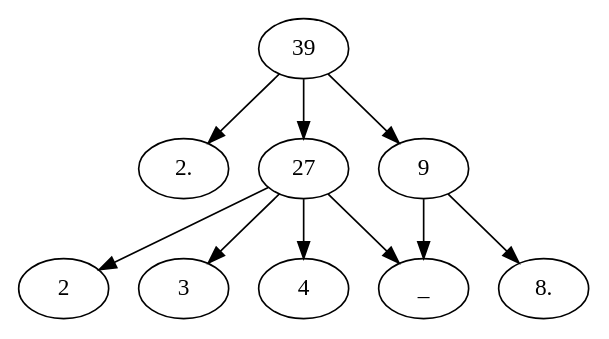
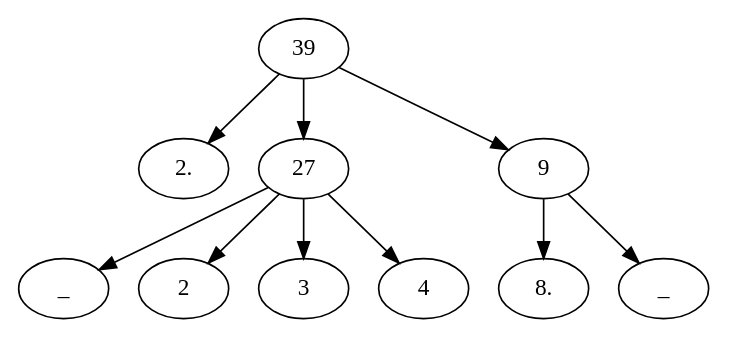
One commit to migueltoro/ada_v2_18 changed the diagram in java/ParteComun/ficheros/tree.gv. Above: the diagram before and after it, drawn with Graphviz. The commit also changed 20 other files, not shown here.

```diff
--- a/java/ParteComun/ficheros/tree.gv
+++ b/java/ParteComun/ficheros/tree.gv
@@ -1,22 +1,21 @@
-digraph Tree { 
- 
-
-"1" [label="39"];
-"2" [label="2."];
-"1" -> "2";
-"3" [label="27"];
-"1" -> "3";
-"4" [label="_"];
-"3" -> "4";
-"5" [label="2"];
-"3" -> "5";
-"6" [label="3"];
-"3" -> "6";
-"7" [label="4"];
-"3" -> "7";
-"8" [label="9"];
-"1" -> "8";
-"9" [label="8."];
-"8" -> "9";
-"8" -> "4";
+strict digraph G {
+  1 [ label="39" ];
+  2 [ label="2." ];
+  3 [ label="27" ];
+  4 [ label="_" ];
+  5 [ label="2" ];
+  6 [ label="3" ];
+  7 [ label="4" ];
+  8 [ label="9" ];
+  9 [ label="8." ];
+  10 [ label="_" ];
+  1 -> 2 [ ];
+  1 -> 3 [ ];
+  1 -> 8 [ ];
+  3 -> 4 [ ];
+  3 -> 5 [ ];
+  3 -> 6 [ ];
+  3 -> 7 [ ];
+  8 -> 9 [ ];
+  8 -> 10 [ ];
 }
```
